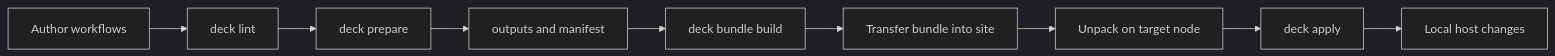
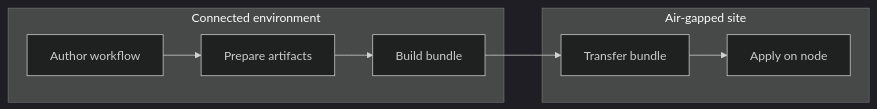
One commit to taedi90/deck changed the first of 2 diagrams in docs/concepts/architecture.md. Above: the diagram before and after it, drawn with Mermaid (dark theme). The commit also changed other lines of this file, not shown here.

Commit message:
simplify architecture flow diagrams

````diff
--- a/docs/concepts/architecture.md
+++ b/docs/concepts/architecture.md
@@ -54,11 +54,11 @@
 ```mermaid
 flowchart LR
-    A[Author workflows] --> B[deck lint]
-    B --> C[deck prepare]
-    C --> D[outputs and manifest]
-    D --> E[deck bundle build]
-    E --> F[Transfer bundle into site]
-    F --> G[Unpack on target node]
-    G --> H[deck apply]
-    H --> I[Local host changes]
+    subgraph Online[Connected environment]
+        A[Author workflow] --> B[Prepare artifacts]
+        B --> C[Build bundle]
+    end
+    C --> D[Transfer bundle]
+    subgraph Offline[Air-gapped site]
+        D --> E[Apply on node]
+    end
 ```
````
